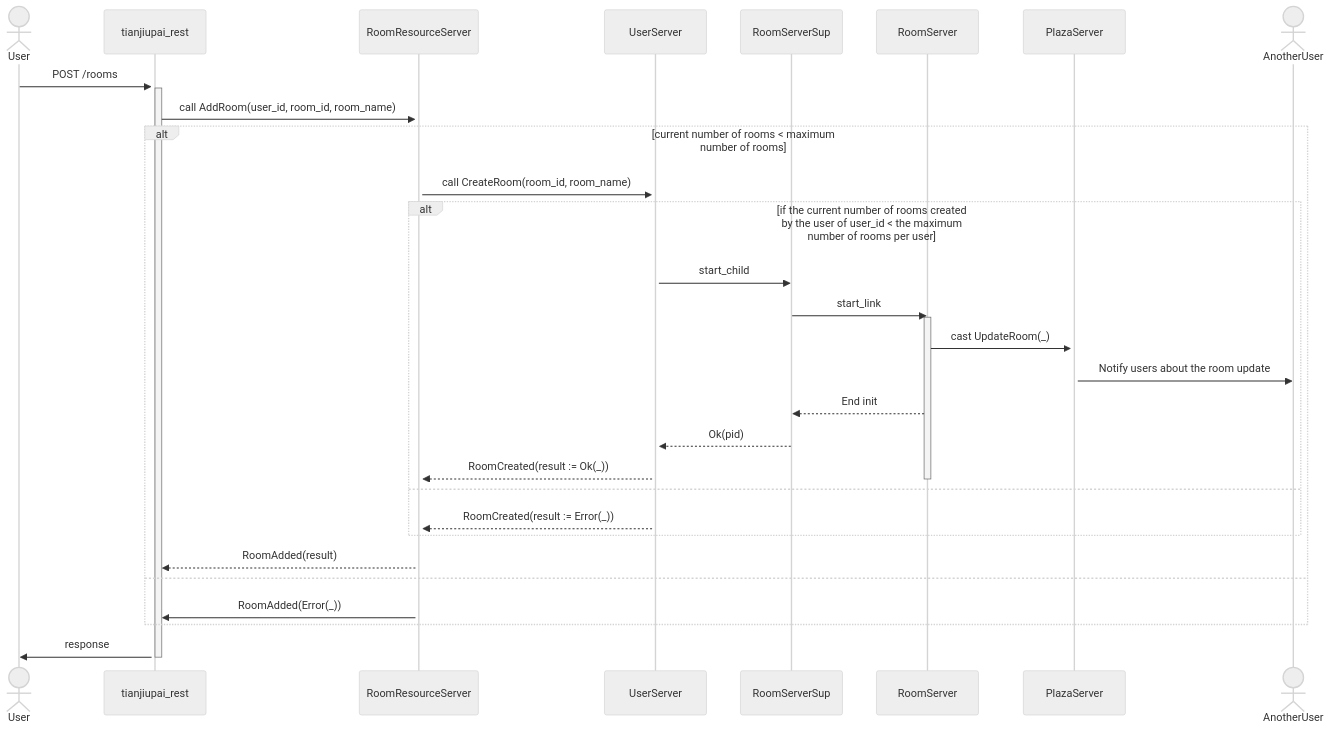
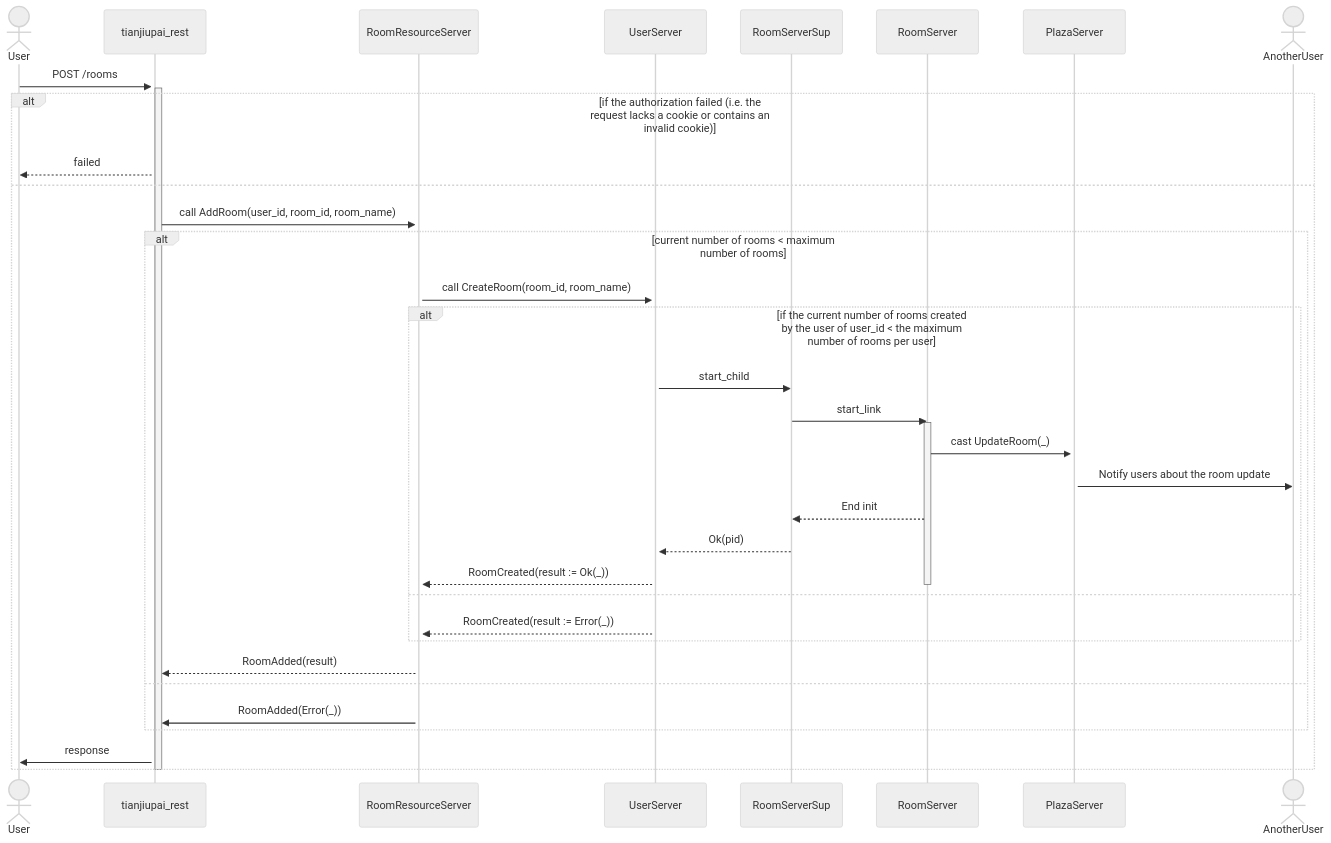
The second of 7 diagrams in docs/ARCHITECTURE.md (gfngfn/game_tianjiupai), drawn with Mermaid (neutral theme) before and after one commit. The commit also changed other lines of this file, not shown here.

Commit message:
add some sequence diagrams to docs (5)

````diff
--- a/docs/ARCHITECTURE.md
+++ b/docs/ARCHITECTURE.md
@@ -39,41 +39,45 @@
 ```mermaid
 sequenceDiagram
   actor User
   participant tianjiupai_rest
   participant RoomResourceServer
   participant UserServer
   participant RoomServerSup
   participant RoomServer
   participant PlazaServer
   actor AnotherUser
   activate tianjiupai_rest
   activate RoomResourceServer
   activate UserServer
   activate PlazaServer
 
   User ->> tianjiupai_rest : POST /rooms
   activate tianjiupai_rest
-  tianjiupai_rest ->> RoomResourceServer : call AddRoom(user_id, room_id, room_name)
-  alt current number of rooms < maximum number of rooms
-    RoomResourceServer ->> UserServer : call CreateRoom(room_id, room_name)
-    alt if the current number of rooms created by the user of user_id < the maximum number of rooms per user
-      UserServer ->> RoomServerSup : start_child
-      RoomServerSup ->> RoomServer : start_link
-      activate RoomServer
-      RoomServer ->> PlazaServer : cast UpdateRoom(_)
-      PlazaServer ->> AnotherUser : Notify users about the room update
-      RoomServer -->> RoomServerSup : End init
-      RoomServerSup -->> UserServer : Ok(pid)
-      UserServer -->> RoomResourceServer : RoomCreated(result := Ok(_))
-      deactivate RoomServer
-      %% the deactivation above is needed only because of the end of this alt-branch.
+  alt if the authorization failed (i.e. the request lacks a cookie or contains an invalid cookie)
+    tianjiupai_rest -->> User : failed
+  else
+    tianjiupai_rest ->> RoomResourceServer : call AddRoom(user_id, room_id, room_name)
+    alt current number of rooms < maximum number of rooms
+      RoomResourceServer ->> UserServer : call CreateRoom(room_id, room_name)
+      alt if the current number of rooms created by the user of user_id < the maximum number of rooms per user
+        UserServer ->> RoomServerSup : start_child
+        RoomServerSup ->> RoomServer : start_link
+        activate RoomServer
+        RoomServer ->> PlazaServer : cast UpdateRoom(_)
+        PlazaServer ->> AnotherUser : Notify users about the room update
+        RoomServer -->> RoomServerSup : End init
+        RoomServerSup -->> UserServer : Ok(pid)
+        UserServer -->> RoomResourceServer : RoomCreated(result := Ok(_))
+        deactivate RoomServer
+        %% the deactivation above is needed only because of the end of this alt-branch.
+      else
+        UserServer -->> RoomResourceServer : RoomCreated(result := Error(_))
+      end
+      RoomResourceServer -->> tianjiupai_rest : RoomAdded(result)
     else
-      UserServer -->> RoomResourceServer : RoomCreated(result := Error(_))
+      RoomResourceServer ->> tianjiupai_rest : RoomAdded(Error(_))
     end
-    RoomResourceServer -->> tianjiupai_rest : RoomAdded(result)
-  else
-    RoomResourceServer ->> tianjiupai_rest : RoomAdded(Error(_))
+    tianjiupai_rest ->> User : response
   end
-  tianjiupai_rest ->> User : response
   deactivate tianjiupai_rest
 ```
````
